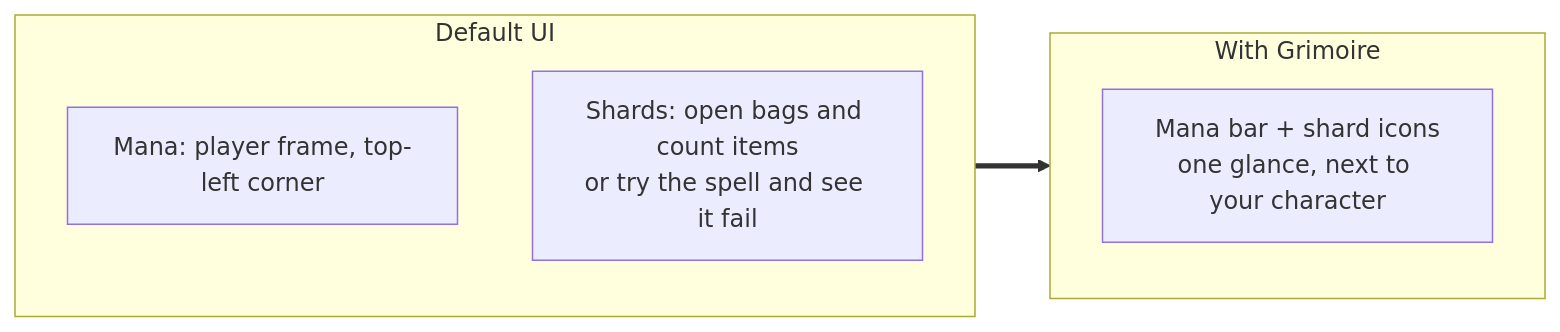
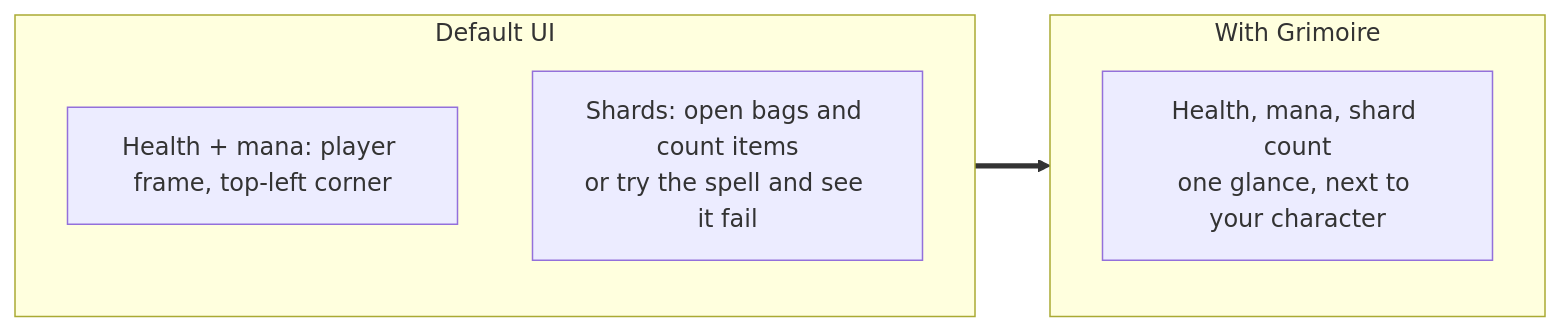
Before and after one commit to PhillypHenning/grimoire: the first of 3 diagrams in docs/features/warlock-resource-bar/README.md, drawn with Mermaid. The commit also changed other lines of this file and 3 other files, not shown here.

First line of the commit message:
Warlock bar: add health bar, single shard icon, fade only when full

````diff
--- a/docs/features/warlock-resource-bar/README.md
+++ b/docs/features/warlock-resource-bar/README.md
@@ -14,11 +14,11 @@
 ```mermaid
 flowchart LR
     subgraph Default["Default UI"]
-        D1[Mana: player frame, top-left corner]
+        D1[Health + mana: player frame, top-left corner]
         D2[Shards: open bags and count items<br/>or try the spell and see it fail]
     end
     subgraph Grimoire["With Grimoire"]
-        S1[Mana bar + shard icons<br/>one glance, next to your character]
+        S1[Health, mana, shard count<br/>one glance, next to your character]
     end
     Default ==> Grimoire
 ```
````
